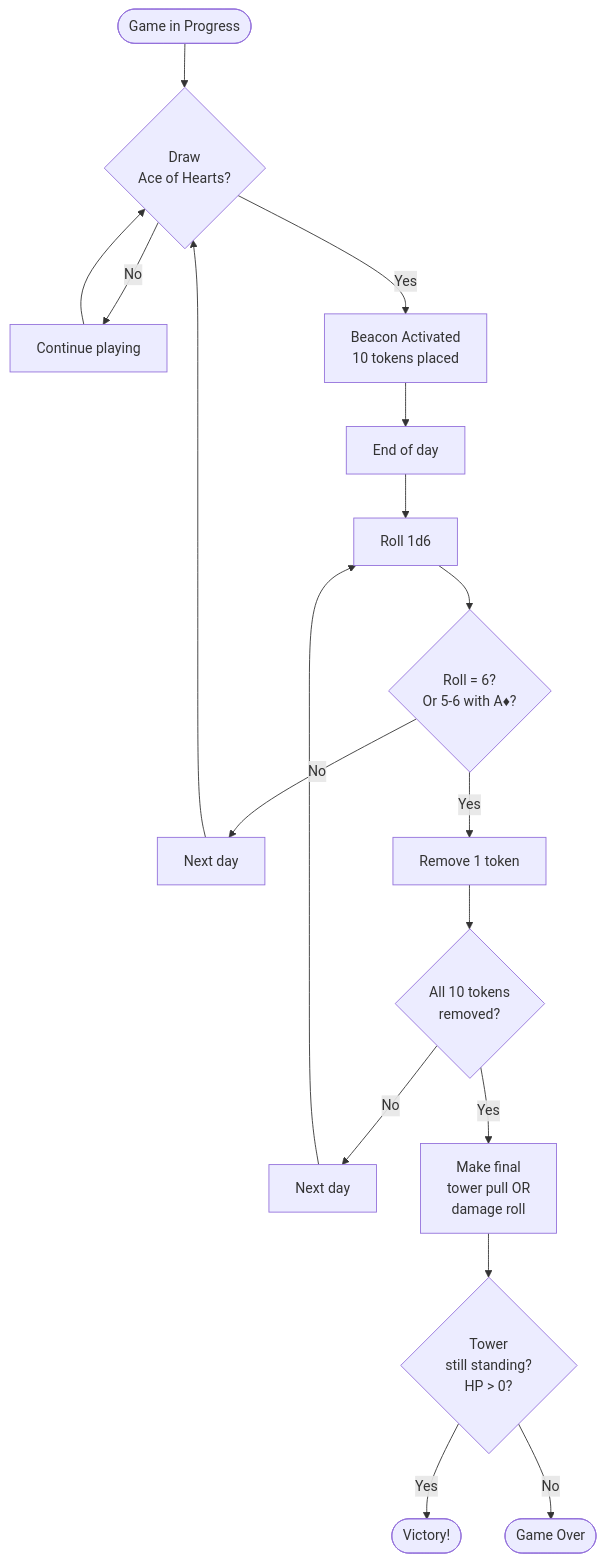
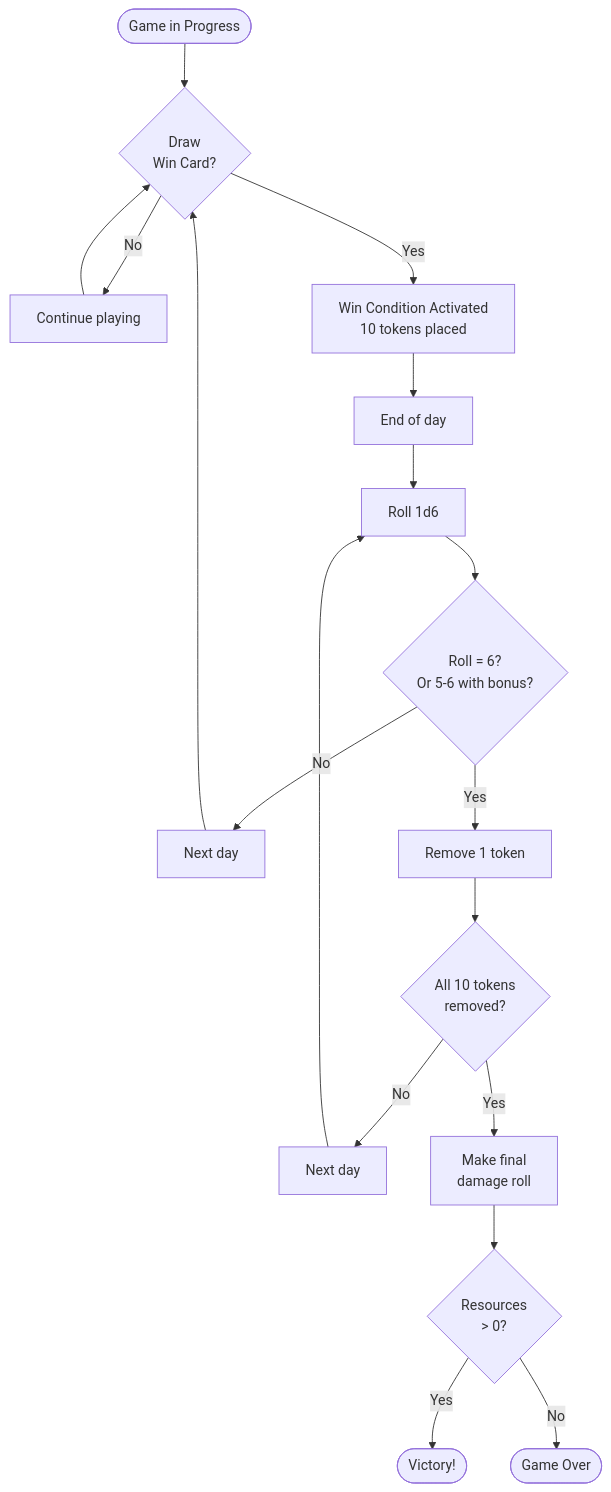
The ninth of 13 diagrams in docs/wretched-alone-mechanics-guide.md (dimm-city/dc-solo-rpg), drawn with Mermaid before and after one commit. The commit also changed other lines of this file, not shown here.

````diff
--- a/docs/wretched-alone-mechanics-guide.md
+++ b/docs/wretched-alone-mechanics-guide.md
@@ -480,31 +495,31 @@
 ```mermaid
 flowchart TB
-    Start([Game in Progress]) --> DrawAH{Draw<br/>Ace of Hearts?}
-    DrawAH -->|No| Continue1[Continue playing]
-    DrawAH -->|Yes| Activate[Beacon Activated<br/>10 tokens placed]
+    Start([Game in Progress]) --> DrawWin{Draw<br/>Win Card?}
+    DrawWin -->|No| Continue1[Continue playing]
+    DrawWin -->|Yes| Activate[Win Condition Activated<br/>10 tokens placed]
 
-    Continue1 --> DrawAH
+    Continue1 --> DrawWin
 
     Activate --> EndDay1[End of day]
     EndDay1 --> Roll1[Roll 1d6]
 
-    Roll1 --> Check1{Roll = 6?<br/>Or 5-6 with A♦?}
+    Roll1 --> Check1{Roll = 6?<br/>Or 5-6 with bonus?}
     Check1 -->|No| EndDay2[Next day]
     Check1 -->|Yes| Remove[Remove 1 token]
 
-    EndDay2 --> DrawAH
+    EndDay2 --> DrawWin
     Remove --> TokenCheck{All 10 tokens<br/>removed?}
 
     TokenCheck -->|No| EndDay3[Next day]
-    TokenCheck -->|Yes| FinalPull[Make final<br/>tower pull OR<br/>damage roll]
+    TokenCheck -->|Yes| FinalRoll[Make final<br/>damage roll]
 
     EndDay3 --> Roll1
 
-    FinalPull --> TowerCheck{Tower<br/>still standing?<br/>HP > 0?}
+    FinalRoll --> ResourceCheck{Resources<br/>> 0?}
 
-    TowerCheck -->|Yes| Win[🎉 VICTORY 🎉<br/>You are rescued!]
-    TowerCheck -->|No| Lose[💀 DEFEAT 💀<br/>Arrived too late]
+    ResourceCheck -->|Yes| Win[🎉 VICTORY 🎉]
+    ResourceCheck -->|No| Lose[💀 DEFEAT 💀]
 
     Win([Victory!])
     Lose([Game Over])
 ```
````
